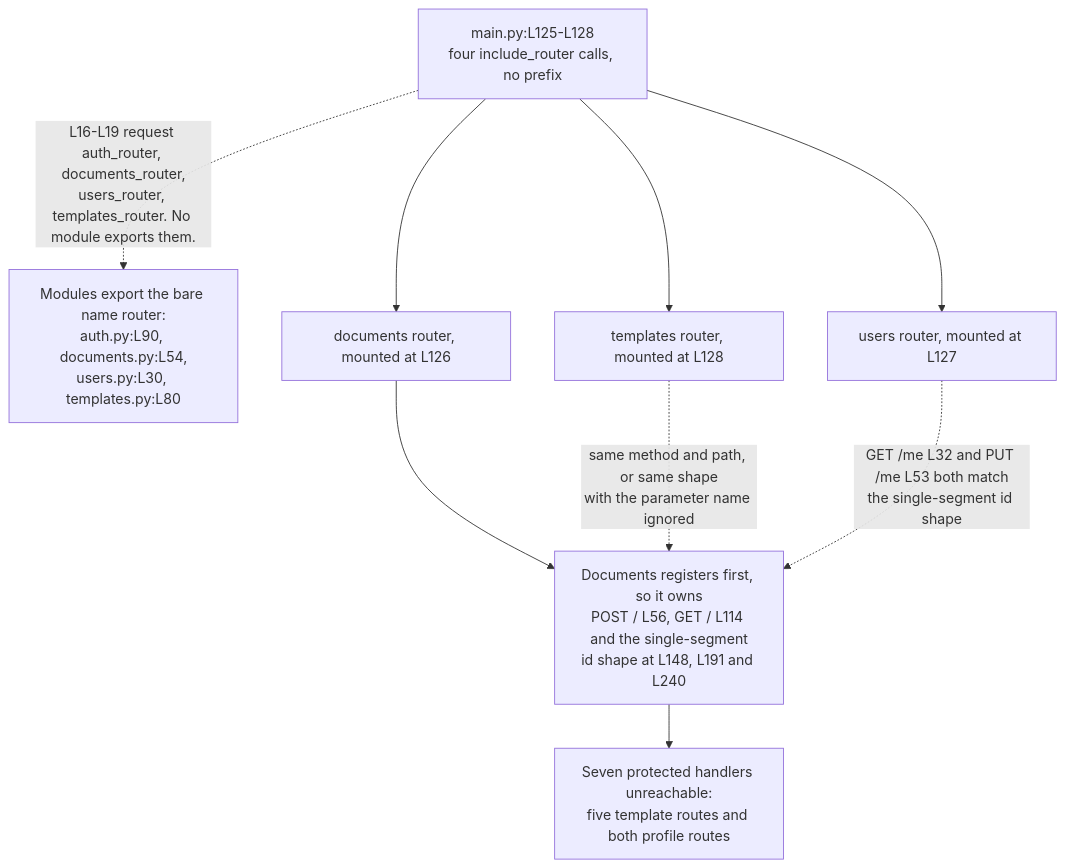
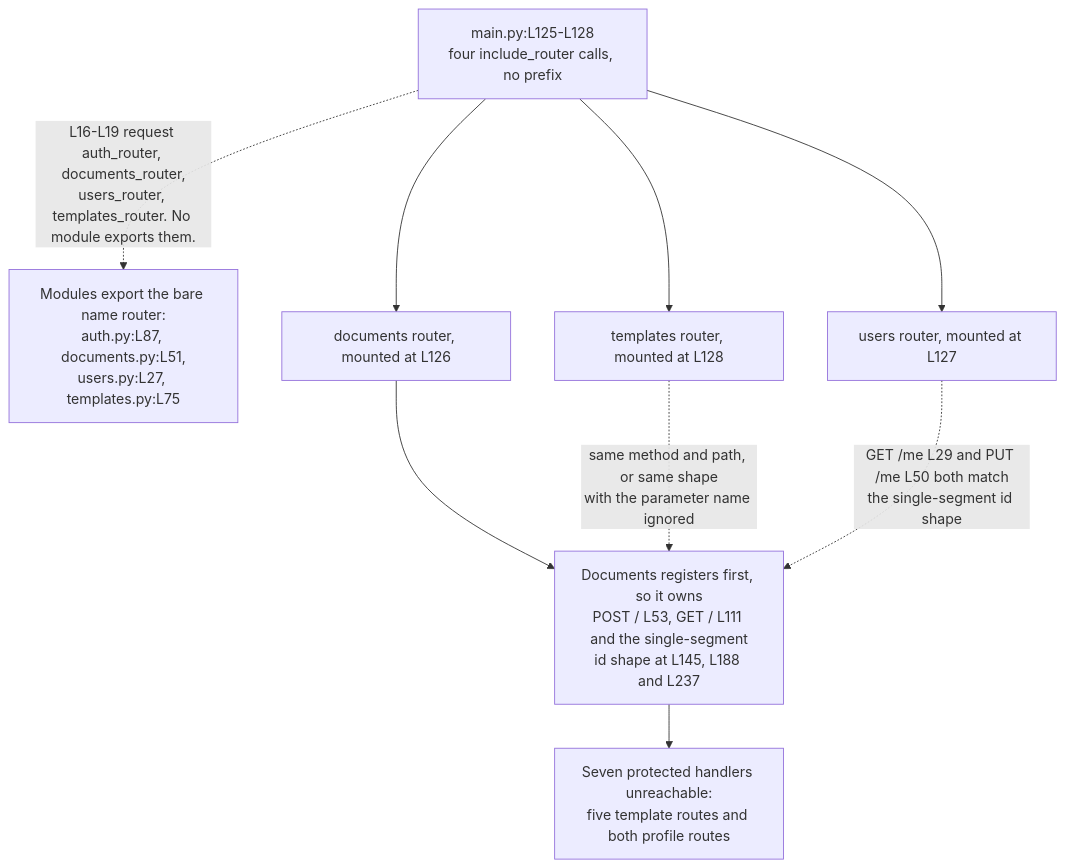
The second of 2 diagrams in backend/app/api/README.md (blitzy-public-samples/microsoft-word-u33ko0), drawn with Mermaid before and after one commit. The commit also changed other lines of this file and 46 other files, not shown here.

````diff
--- a/backend/app/api/README.md
+++ b/backend/app/api/README.md
@@ -198,17 +186,17 @@
 ```mermaid
 graph TD
     MAIN["main.py:L125-L128<br/>four include_router calls, no prefix"]
-    NAMES["Modules export the bare name router:<br/>auth.py:L90, documents.py:L54,<br/>users.py:L30, templates.py:L80"]
+    NAMES["Modules export the bare name router:<br/>auth.py:L87, documents.py:L51,<br/>users.py:L27, templates.py:L75"]
 
     MAIN -.->|"L16-L19 request auth_router, documents_router,<br/>users_router, templates_router. No module exports them."| NAMES
 
     MAIN --> D["documents router, mounted at L126"]
     MAIN --> U["users router, mounted at L127"]
     MAIN --> T["templates router, mounted at L128"]
 
-    D --> WIN["Documents registers first, so it owns<br/>POST / L56, GET / L114 and the single-segment<br/>id shape at L148, L191 and L240"]
+    D --> WIN["Documents registers first, so it owns<br/>POST / L53, GET / L111 and the single-segment<br/>id shape at L145, L188 and L237"]
     T -.->|"same method and path, or same shape<br/>with the parameter name ignored"| WIN
-    U -.->|"GET /me L32 and PUT /me L53 both match<br/>the single-segment id shape"| WIN
+    U -.->|"GET /me L29 and PUT /me L50 both match<br/>the single-segment id shape"| WIN
 
     WIN --> OUT["Seven protected handlers unreachable:<br/>five template routes and both profile routes"]
 ```
````
